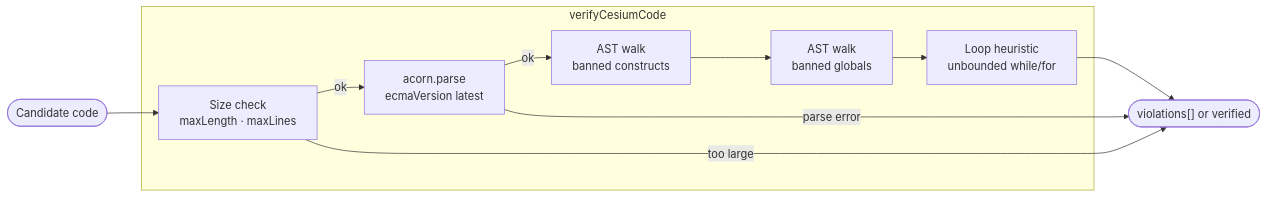
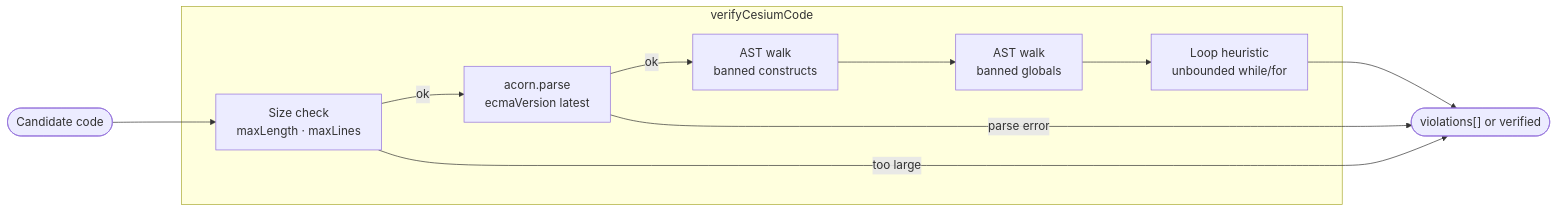
One commit to CesiumGS/cesiumjs-ai-starter-app changed the second of 3 diagrams in docs/tutorials/codegen-pipeline.md. Above: the diagram before and after it, drawn with Mermaid. The commit also changed other lines of this file and 17 other files, not shown here.

````diff
--- a/docs/tutorials/codegen-pipeline.md
+++ b/docs/tutorials/codegen-pipeline.md
@@ -140,19 +134,20 @@
 ```mermaid
+%%{init: {'flowchart': {'nodeSpacing': 60, 'rankSpacing': 100}, 'themeVariables': {'fontSize': '17px'}}}%%
 flowchart LR
     subgraph Verifier["verifyCesiumCode"]
         SZ["Size check<br/>maxLength · maxLines"]
         PA["acorn.parse<br/>ecmaVersion latest"]
         BN["AST walk<br/>banned constructs"]
         GL["AST walk<br/>banned globals"]
         LO["Loop heuristic<br/>unbounded while/for"]
     end
 
     code([Candidate code]) --> SZ
     SZ -- ok --> PA
     PA -- ok --> BN
     BN --> GL
     GL --> LO
     LO --> result(["violations[] or verified"])
     PA -- "parse error" --> result
     SZ -- "too large" --> result
 ```
````
